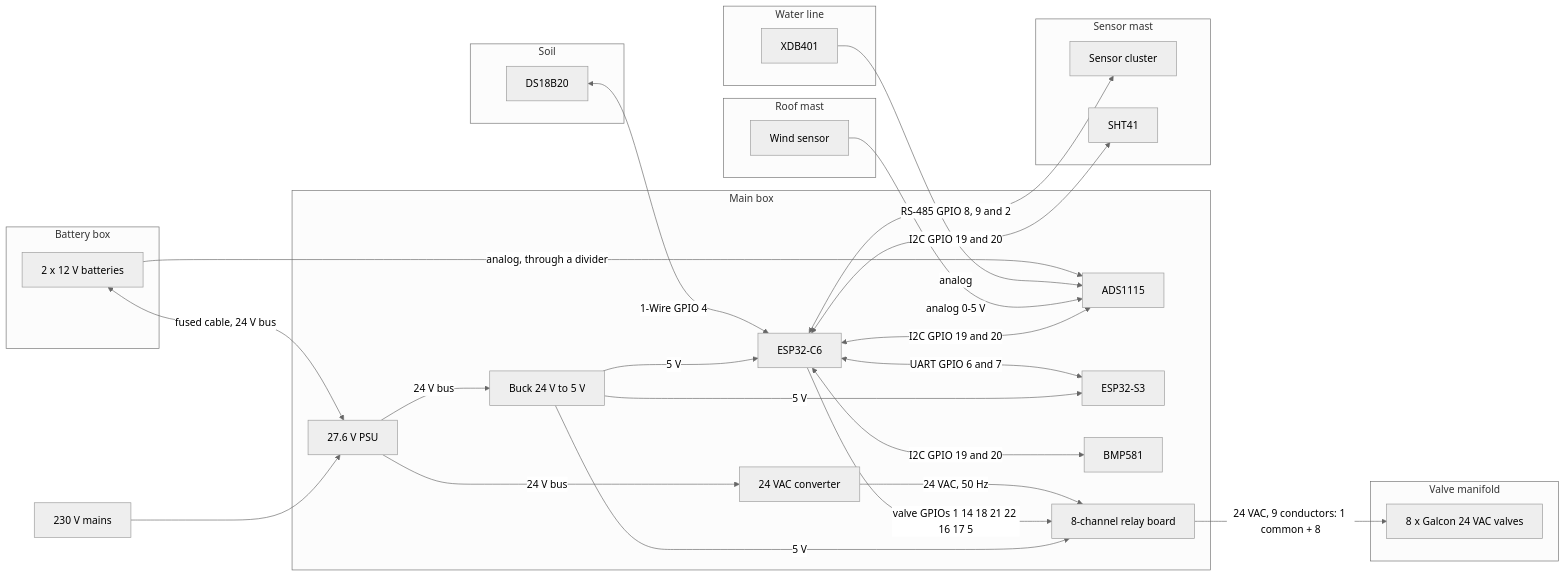
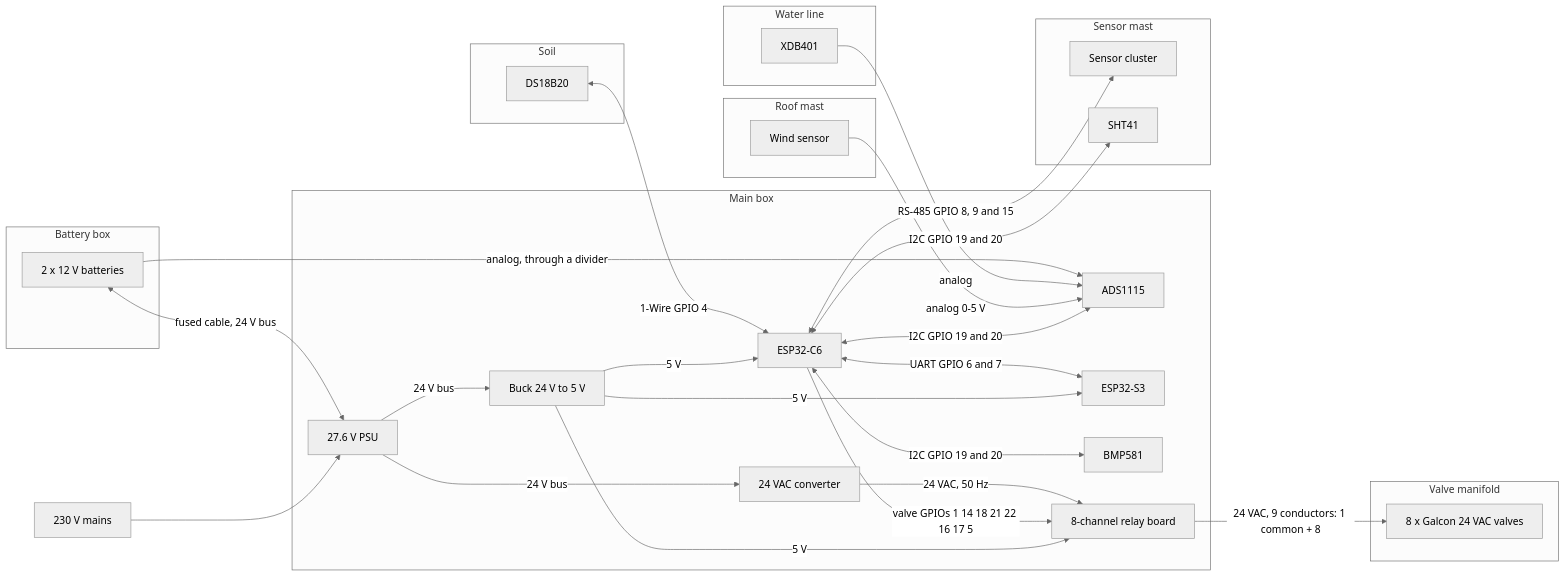
The fifth of 5 diagrams in README.md (yuvalkuck/smart-irrigate), drawn with Mermaid (neutral theme) before and after one commit. The commit also changed other lines of this file, not shown here.

````diff
--- a/README.md
+++ b/README.md
@@ -255,60 +258,60 @@
 ```mermaid
 graph LR
     MAINS[230 V mains]
 
     subgraph MAIN["Main box"]
         PSU[27.6 V PSU]
         ADS[ADS1115]
         BUCK5[Buck 24 V to 5 V]
         CONV[24 VAC converter]
         C6[ESP32-C6]
         S3[ESP32-S3]
         BMP[BMP581]
         RELAY[8-channel relay board]
     end
 
     subgraph BATBOX["Battery box"]
         BAT[2 x 12 V batteries]
     end
 
     subgraph MAST["Sensor mast"]
         CLUSTER[Sensor cluster]
         SHT[SHT41]
     end
 
     subgraph ROOF["Roof mast"]
         WIND[Wind sensor]
     end
 
     subgraph SOIL["Soil"]
         DS[DS18B20]
     end
 
     subgraph PIPE["Water line"]
         XDB[XDB401]
     end
 
     subgraph MANIFOLD["Valve manifold"]
         VALVES[8 x Galcon 24 VAC valves]
     end
 
     MAINS --> PSU
     PSU -- 24 V bus --> BUCK5
     PSU -- 24 V bus --> CONV
     BAT <-- "fused cable, 24 V bus" --> PSU
     BUCK5 -- 5 V --> C6
     BUCK5 -- 5 V --> S3
     BUCK5 -- 5 V --> RELAY
     C6 <-- "UART GPIO 6 and 7" --> S3
     C6 <-- "I2C GPIO 19 and 20" --> BMP
-    C6 <-- "RS-485 GPIO 8, 9 and 2" --> CLUSTER
+    C6 <-- "RS-485 GPIO 8, 9 and 15" --> CLUSTER
     C6 <-- "I2C GPIO 19 and 20" --> SHT
     C6 <-- "I2C GPIO 19 and 20" --> ADS
     WIND -- "analog 0-5 V" --> ADS
     XDB -- "analog" --> ADS
     BAT -- "analog, through a divider" --> ADS
     DS <-- "1-Wire GPIO 4" --> C6
     C6 -- "valve GPIOs 1 14 18 21 22 16 17 5" --> RELAY
     CONV -- "24 VAC, 50 Hz" --> RELAY
     RELAY -- "24 VAC, 9 conductors: 1 common + 8" --> VALVES
 ```
````
